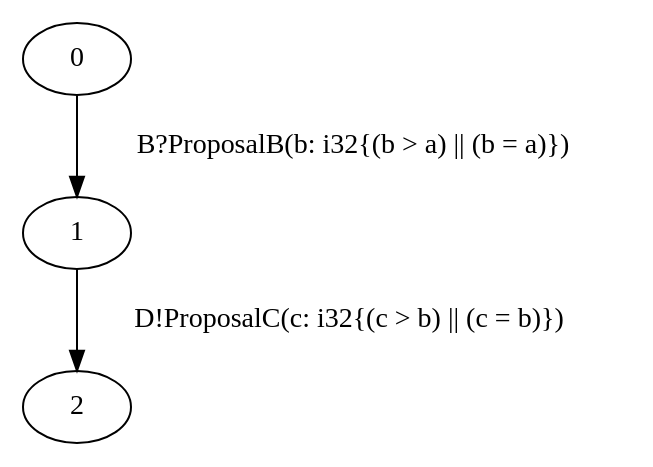
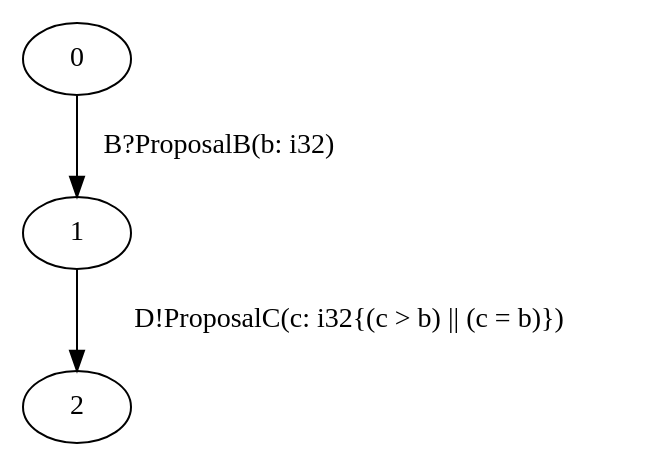
One commit to qixi5703/rumpsteak changed the diagram in examples/Running examples/ring_max/C_expected.dot. Above: the diagram before and after it, drawn with Graphviz. The commit also changed other lines of this file and 7 other files, not shown here.

```diff
--- a/examples/Running examples/ring_max/C_expected.dot
+++ b/examples/Running examples/ring_max/C_expected.dot
@@ -1,10 +1,10 @@
 digraph C {
   0;
   1;
   2;
   
   
-  0 -> 1 [label="B?ProposalB(b: i32{(b > a) || (b = a)})", ];
+  0 -> 1 [label="B?ProposalB(b: i32)", ];
   1 -> 2 [label="D!ProposalC(c: i32{(c > b) || (c = b)})", ];
   
   }
```
